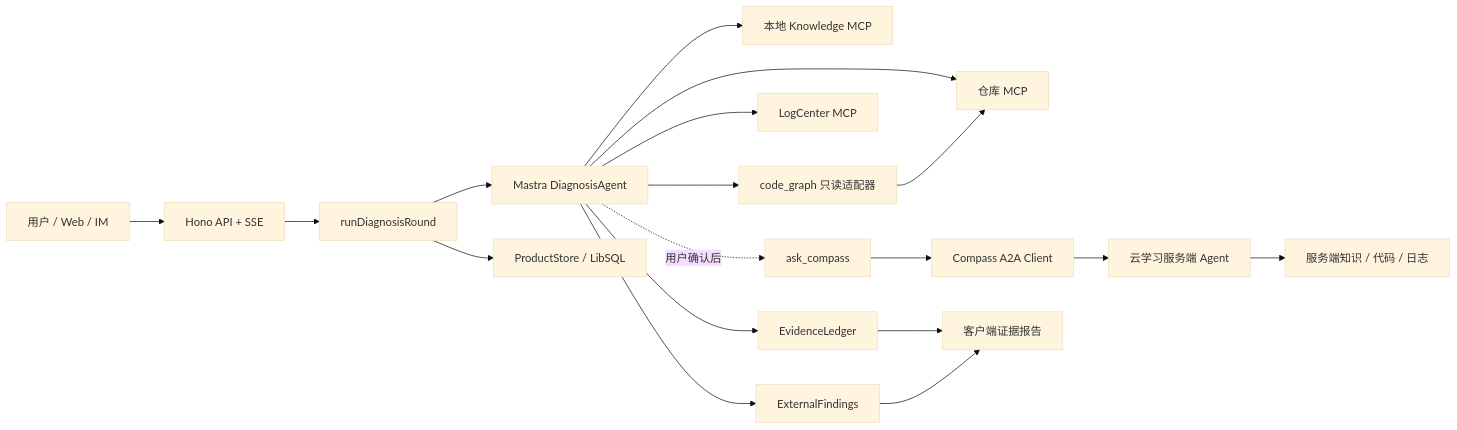
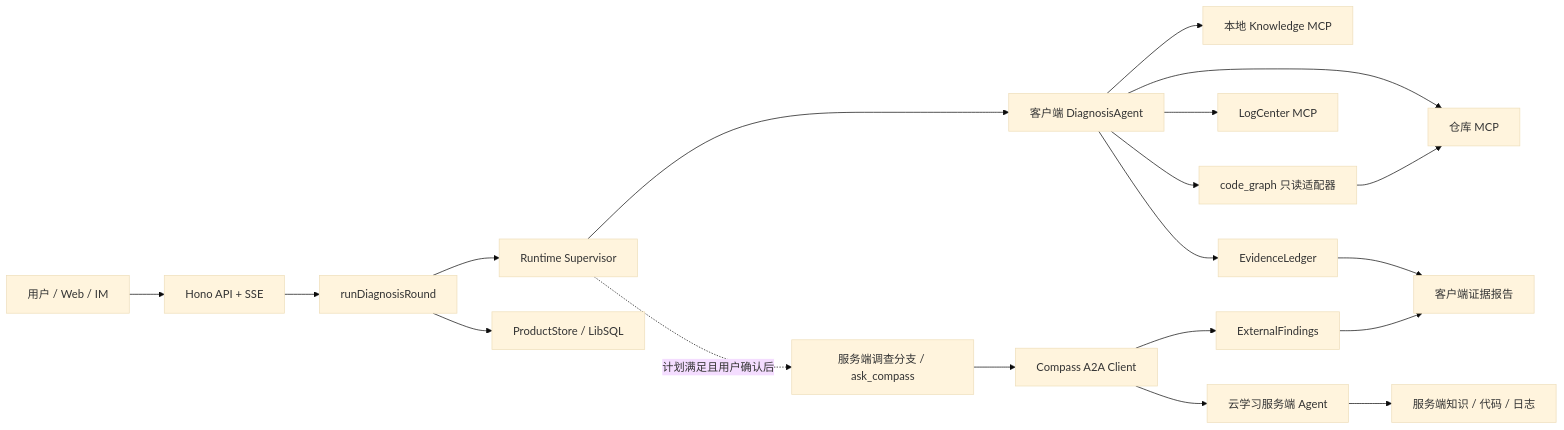
Before and after one commit to HarmonyosSong/test-mcp: the diagram in docs/multi-capability-technical-design.md, drawn with Mermaid (base theme). The commit also changed other lines of this file and 3 other files, not shown here.

Commit message:
docs: refine multi-agent diagnosis orchestration

````diff
--- a/docs/multi-capability-technical-design.md
+++ b/docs/multi-capability-technical-design.md
@@ -39,20 +39,21 @@
 ```mermaid
 flowchart LR
     U[用户 / Web / IM] --> H[Hono API + SSE]
     H --> R[runDiagnosisRound]
-    R --> A[Mastra DiagnosisAgent]
+    R --> O[Runtime Supervisor]
+    O --> A[客户端 DiagnosisAgent]
     A --> K[本地 Knowledge MCP]
     A --> S[仓库 MCP]
     A --> G[code_graph 只读适配器]
     A --> L[LogCenter MCP]
-    A -.用户确认后.-> C[ask_compass]
+    O -.计划满足且用户确认后.-> C[服务端调查分支 / ask_compass]
     C --> X[Compass A2A Client]
     X --> Y[云学习服务端 Agent]
     Y --> Z[服务端知识 / 代码 / 日志]
     G --> S
     A --> E[EvidenceLedger]
-    A --> O[ExternalFindings]
+    X --> F[ExternalFindings]
     E --> P[客户端证据报告]
-    O --> P
+    F --> P
     R --> D[ProductStore / LibSQL]
 ```
````
